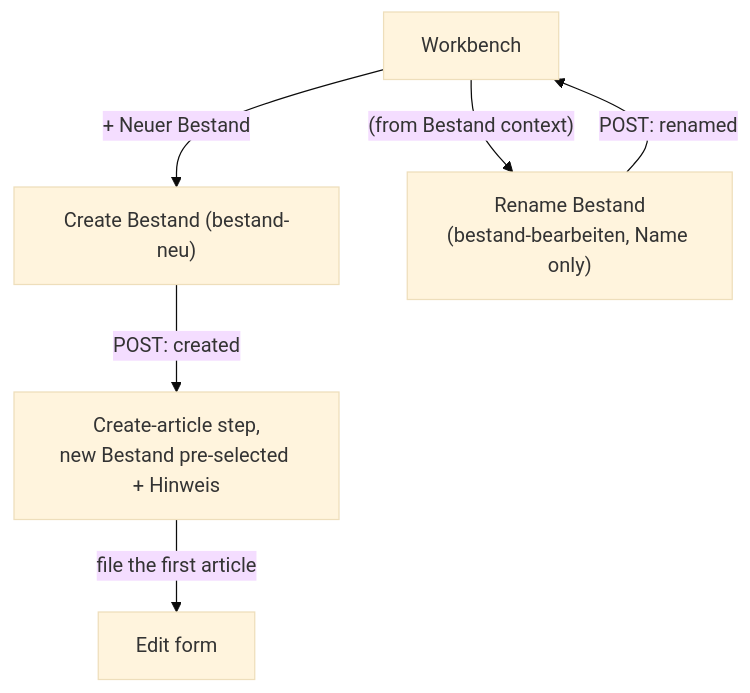
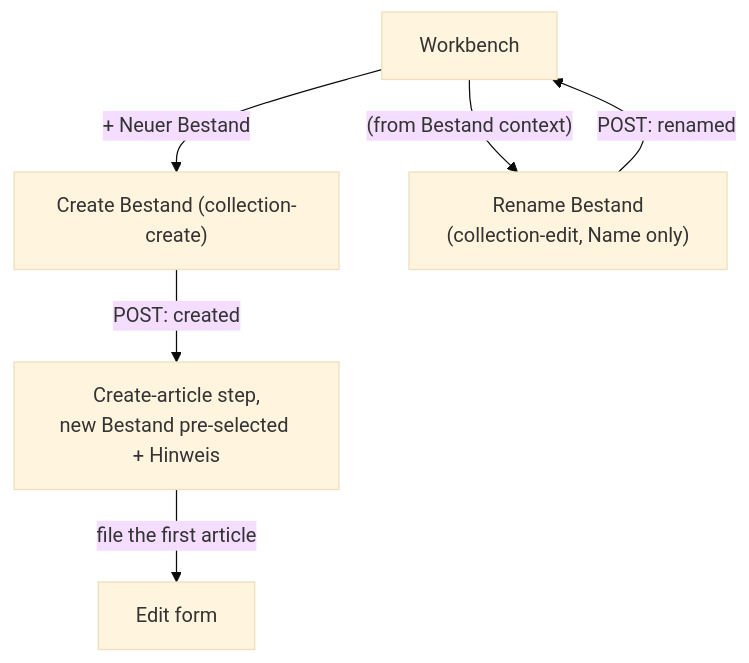
One commit to deutscher-pfadfinderbund/bundesarchiv changed the sixth of 7 diagrams in docs/design/userflows.md. Above: the diagram before and after it, drawn with Mermaid (base theme). The commit also changed other lines of this file and 3 other files, not shown here.

````diff
--- a/docs/design/userflows.md
+++ b/docs/design/userflows.md
@@ -157,8 +157,8 @@
 ```mermaid
 flowchart TD
-    WB["Workbench"] -->|"+ Neuer Bestand"| BNEU["Create Bestand (bestand-neu)"]
+    WB["Workbench"] -->|"+ Neuer Bestand"| BNEU["Create Bestand (collection-create)"]
     BNEU -->|"POST: created"| LAND["Create-article step,\nnew Bestand pre-selected + Hinweis"]
     LAND -->|"file the first article"| EDIT["Edit form"]
-    WB -->|"(from Bestand context)"| BED["Rename Bestand\n(bestand-bearbeiten, Name only)"]
+    WB -->|"(from Bestand context)"| BED["Rename Bestand\n(collection-edit, Name only)"]
     BED -->|"POST: renamed"| WB
 ```
````
